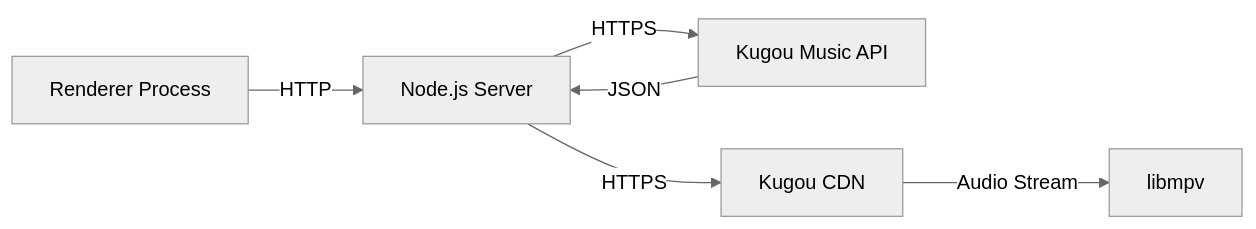
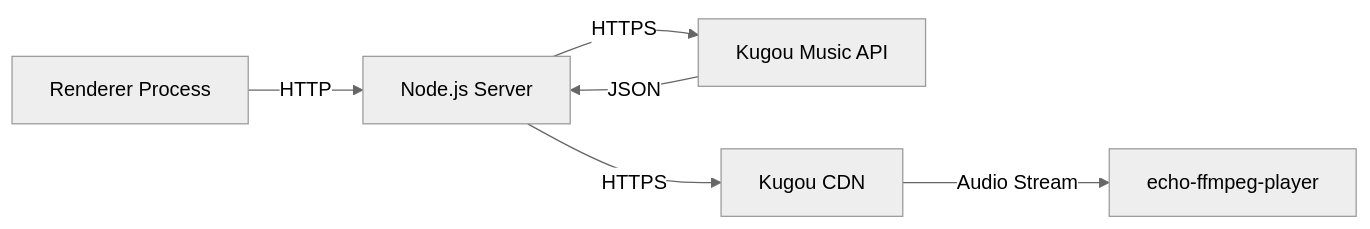
One commit to yaoyaoprincess/EchoMusic-docs changed the third of 4 diagrams in docs/en/develop/architecture.md. Above: the diagram before and after it, drawn with Mermaid (neutral theme). The commit also changed other lines of this file and 40 other files, not shown here.

````diff
--- a/docs/en/develop/architecture.md
+++ b/docs/en/develop/architecture.md
@@ -101,8 +102,8 @@
 ```mermaid
 graph LR
     A[Renderer Process] -->|HTTP| B[Node.js Server]
     B -->|HTTPS| C[Kugou Music API]
     B -->|HTTPS| D[Kugou CDN]
     C -->|JSON| B
-    D -->|Audio Stream| E[libmpv]
+    D -->|Audio Stream| E[echo-ffmpeg-player]
 ```
````
